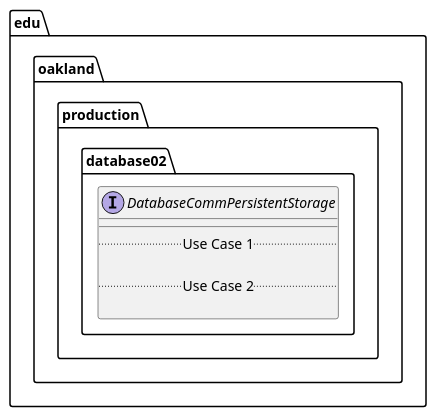
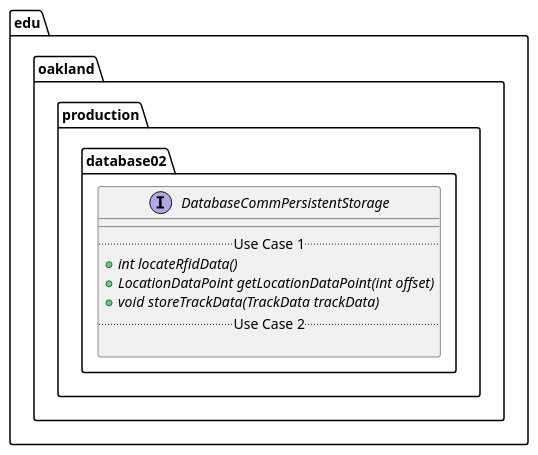
Before and after one commit to elilley15/csi-3370-software-project: the diagram in docs/uml-class-diagrams/database02/production/DatabaseCommPersistentStorage/DatabaseCommPersistentStorage.puml, drawn with PlantUML. The commit also changed 7 other files, not shown here.

First line of the commit message:
[Database] Added Database Public Interface UML Class Diagrams (#12)

```diff
--- a/docs/uml-class-diagrams/database02/production/DatabaseCommPersistentStorage/DatabaseCommPersistentStorage.puml
+++ b/docs/uml-class-diagrams/database02/production/DatabaseCommPersistentStorage/DatabaseCommPersistentStorage.puml
@@ -1,13 +1,15 @@
 @startuml DatabaseCommPersistentStorage
 
 package edu.oakland.production.database02 {
     interface DatabaseCommPersistentStorage {
         __
         .. Use Case 1 ..
-
+        {abstract} + int locateRfidData()
+        {abstract} + LocationDataPoint getLocationDataPoint(int offset)
+        {abstract} + void storeTrackData(TrackData trackData)
         .. Use Case 2 ..
 
     }
 }
 
 @enduml
```
